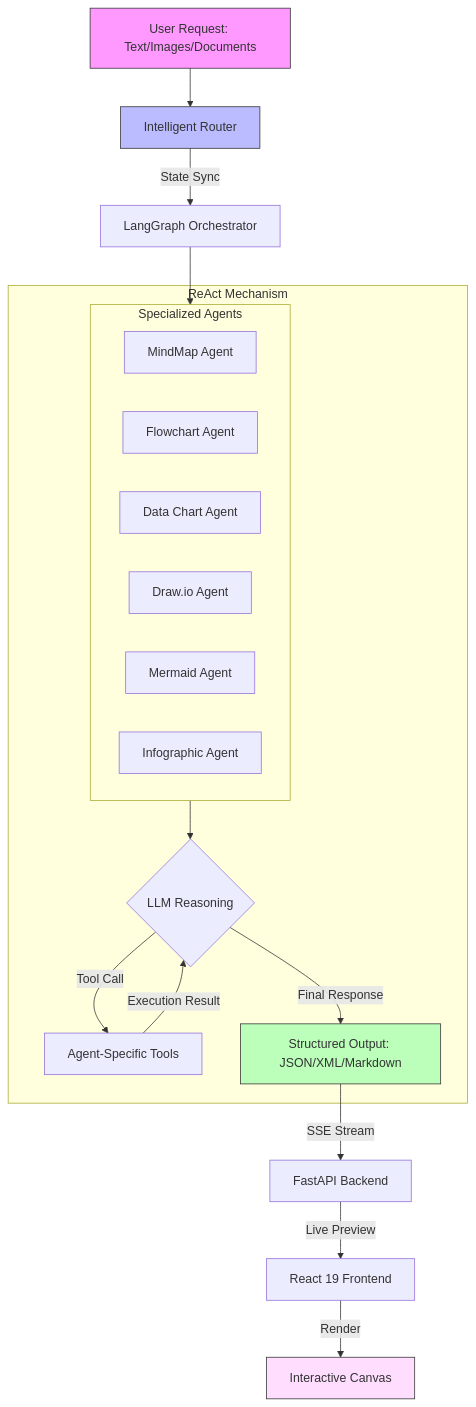
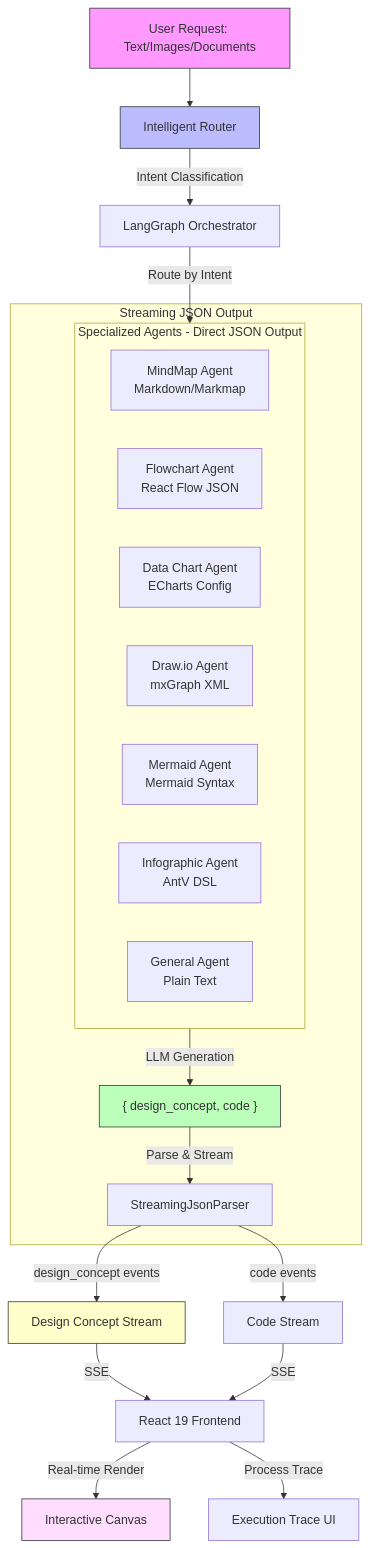
One commit to CrazyForks/DeepDiagram changed the diagram in README.md. Above: the diagram before and after it, drawn with Mermaid. The commit also changed other lines of this file and 19 other files, not shown here.

Commit message:
架构简化， 移除 tool call 的逻辑， 避免因模型能力不调用工具从而不生图。

````diff
--- a/README.md
+++ b/README.md
@@ -116,32 +121,37 @@
 ```mermaid
 graph TD
     Input[User Request: Text/Images/Documents] --> Router[Intelligent Router]
-    Router -- State Sync --> Graph[LangGraph Orchestrator]
+    Router -- Intent Classification --> Graph[LangGraph Orchestrator]
 
-    subgraph Agents [Specialized Agents]
-        AgentMM[MindMap Agent]
-        AgentFlow[Flowchart Agent]
-        AgentChart[Data Chart Agent]
-        AgentDraw[Draw.io Agent]
-        AgentMermaid[Mermaid Agent]
-        AgentInfo[Infographic Agent]
+    subgraph Agents [Specialized Agents - Direct JSON Output]
+        AgentMM[MindMap Agent<br/>Markdown/Markmap]
+        AgentFlow[Flowchart Agent<br/>React Flow JSON]
+        AgentChart[Data Chart Agent<br/>ECharts Config]
+        AgentDraw[Draw.io Agent<br/>mxGraph XML]
+        AgentMermaid[Mermaid Agent<br/>Mermaid Syntax]
+        AgentInfo[Infographic Agent<br/>AntV DSL]
+        AgentGeneral[General Agent<br/>Plain Text]
     end
 
-    Graph --> Agents
+    Graph -->|Route by Intent| Agents
 
-    subgraph Loop [ReAct Mechanism]
-        Agents --> LLM{LLM Reasoning}
-        LLM -->|Tool Call| Tools[Agent-Specific Tools]
-        Tools -->|Execution Result| LLM
-        LLM -->|Final Response| Code[Structured Output: JSON/XML/Markdown]
+    subgraph Output [Streaming JSON Output]
+        Agents -->|LLM Generation| JSON["{ design_concept, code }"]
+        JSON -->|Parse & Stream| Parser[StreamingJsonParser]
     end
 
-    Code -->|SSE Stream| Backend[FastAPI Backend]
-    Backend -->|Live Preview| Frontend[React 19 Frontend]
-    Frontend -->|Render| Canvas[Interactive Canvas]
+    Parser -->|design_concept events| DC[Design Concept Stream]
+    Parser -->|code events| Code[Code Stream]
+
+    DC -->|SSE| Frontend[React 19 Frontend]
+    Code -->|SSE| Frontend
+
+    Frontend -->|Real-time Render| Canvas[Interactive Canvas]
+    Frontend -->|Process Trace| Trace[Execution Trace UI]
 
     style Input fill:#f9f,stroke:#333
     style Router fill:#bbf,stroke:#333
-    style Code fill:#bfb,stroke:#333
+    style JSON fill:#bfb,stroke:#333
     style Canvas fill:#fdf,stroke:#333
+    style DC fill:#ffc,stroke:#333
 ```
````
